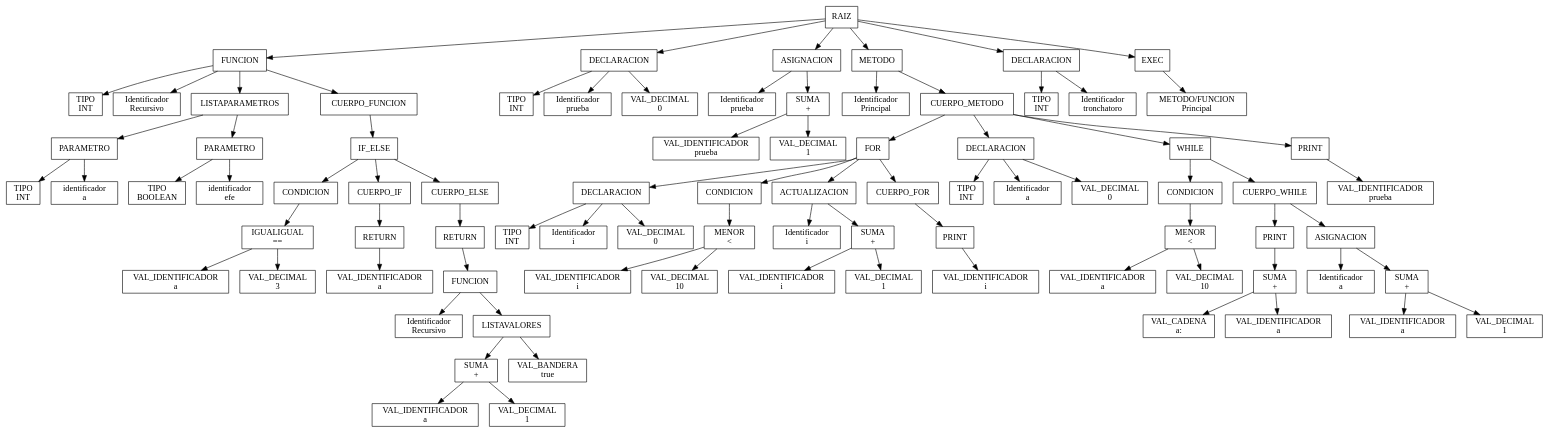
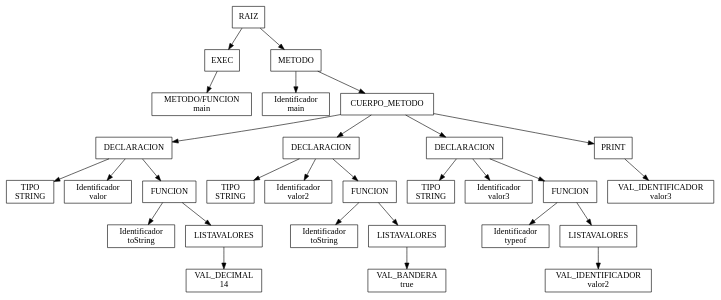
One commit to AngelArteaga1/OLC_Proyecto2_201901816 changed the diagram in backend/controller/ReporteAST/AST.dot. Above: the diagram before and after it, drawn with Graphviz. The commit also changed 17 other files, not shown here.

```diff
--- a/backend/controller/ReporteAST/AST.dot
+++ b/backend/controller/ReporteAST/AST.dot
@@ -1,168 +1,58 @@
 digraph G{node[shape="box"]Nodo0[label="RAIZ"];
-Nodo1[label="FUNCION"];
+Nodo1[label="EXEC"];
 Nodo0->Nodo1;
-Nodo2[label="TIPO \n INT"];
+Nodo2[label="METODO/FUNCION \n main"];
 Nodo1->Nodo2;
-Nodo3[label="Identificador \n Recursivo"];
-Nodo1->Nodo3;
-Nodo4[label="LISTAPARAMETROS"];
-Nodo1->Nodo4;
-Nodo5[label="PARAMETRO"];
-Nodo4->Nodo5;
-Nodo6[label="TIPO \n INT"];
+Nodo3[label="METODO"];
+Nodo0->Nodo3;
+Nodo4[label="Identificador \n main"];
+Nodo3->Nodo4;
+Nodo5[label="CUERPO_METODO"];
+Nodo3->Nodo5;
+Nodo6[label="DECLARACION"];
 Nodo5->Nodo6;
-Nodo7[label="identificador \n a"];
-Nodo5->Nodo7;
-Nodo8[label="PARAMETRO"];
-Nodo4->Nodo8;
-Nodo9[label="TIPO \n BOOLEAN"];
-Nodo8->Nodo9;
-Nodo10[label="identificador \n efe"];
-Nodo8->Nodo10;
-Nodo11[label="CUERPO_FUNCION"];
-Nodo1->Nodo11;
-Nodo12[label="IF_ELSE"];
+Nodo7[label="TIPO \n STRING"];
+Nodo6->Nodo7;
+Nodo8[label="Identificador \n valor"];
+Nodo6->Nodo8;
+Nodo9[label="FUNCION"];
+Nodo6->Nodo9;
+Nodo10[label="Identificador \n toString"];
+Nodo9->Nodo10;
+Nodo11[label="LISTAVALORES"];
+Nodo9->Nodo11;
+Nodo12[label="VAL_DECIMAL \n 14"];
 Nodo11->Nodo12;
-Nodo13[label="CONDICION"];
-Nodo12->Nodo13;
-Nodo14[label=" IGUALIGUAL \n =="];
+Nodo13[label="DECLARACION"];
+Nodo5->Nodo13;
+Nodo14[label="TIPO \n STRING"];
 Nodo13->Nodo14;
-Nodo15[label="VAL_IDENTIFICADOR \n a"];
-Nodo14->Nodo15;
-Nodo16[label="VAL_DECIMAL \n 3"];
-Nodo14->Nodo16;
-Nodo17[label="CUERPO_IF"];
-Nodo12->Nodo17;
-Nodo18[label="RETURN"];
-Nodo17->Nodo18;
-Nodo19[label="VAL_IDENTIFICADOR \n a"];
+Nodo15[label="Identificador \n valor2"];
+Nodo13->Nodo15;
+Nodo16[label="FUNCION"];
+Nodo13->Nodo16;
+Nodo17[label="Identificador \n toString"];
+Nodo16->Nodo17;
+Nodo18[label="LISTAVALORES"];
+Nodo16->Nodo18;
+Nodo19[label="VAL_BANDERA \n true"];
 Nodo18->Nodo19;
-Nodo20[label="CUERPO_ELSE"];
-Nodo12->Nodo20;
-Nodo21[label="RETURN"];
+Nodo20[label="DECLARACION"];
+Nodo5->Nodo20;
+Nodo21[label="TIPO \n STRING"];
 Nodo20->Nodo21;
-Nodo22[label="FUNCION"];
-Nodo21->Nodo22;
-Nodo23[label="Identificador \n Recursivo"];
-Nodo22->Nodo23;
-Nodo24[label="LISTAVALORES"];
-Nodo22->Nodo24;
-Nodo25[label=" SUMA \n +"];
-Nodo24->Nodo25;
-Nodo26[label="VAL_IDENTIFICADOR \n a"];
+Nodo22[label="Identificador \n valor3"];
+Nodo20->Nodo22;
+Nodo23[label="FUNCION"];
+Nodo20->Nodo23;
+Nodo24[label="Identificador \n typeof"];
+Nodo23->Nodo24;
+Nodo25[label="LISTAVALORES"];
+Nodo23->Nodo25;
+Nodo26[label="VAL_IDENTIFICADOR \n valor2"];
 Nodo25->Nodo26;
-Nodo27[label="VAL_DECIMAL \n 1"];
-Nodo25->Nodo27;
-Nodo28[label="VAL_BANDERA \n true"];
-Nodo24->Nodo28;
-Nodo29[label="DECLARACION"];
-Nodo0->Nodo29;
-Nodo30[label="TIPO \n INT"];
-Nodo29->Nodo30;
-Nodo31[label="Identificador \n prueba"];
-Nodo29->Nodo31;
-Nodo32[label="VAL_DECIMAL \n 0"];
-Nodo29->Nodo32;
-Nodo33[label="ASIGNACION"];
-Nodo0->Nodo33;
-Nodo34[label="Identificador \n prueba"];
-Nodo33->Nodo34;
-Nodo35[label=" SUMA \n +"];
-Nodo33->Nodo35;
-Nodo36[label="VAL_IDENTIFICADOR \n prueba"];
-Nodo35->Nodo36;
-Nodo37[label="VAL_DECIMAL \n 1"];
-Nodo35->Nodo37;
-Nodo38[label="METODO"];
-Nodo0->Nodo38;
-Nodo39[label="Identificador \n Principal"];
-Nodo38->Nodo39;
-Nodo40[label="CUERPO_METODO"];
-Nodo38->Nodo40;
-Nodo41[label="FOR"];
-Nodo40->Nodo41;
-Nodo42[label="DECLARACION"];
-Nodo41->Nodo42;
-Nodo43[label="TIPO \n INT"];
-Nodo42->Nodo43;
-Nodo44[label="Identificador \n i"];
-Nodo42->Nodo44;
-Nodo45[label="VAL_DECIMAL \n 0"];
-Nodo42->Nodo45;
-Nodo46[label="CONDICION"];
-Nodo41->Nodo46;
-Nodo47[label=" MENOR \n <"];
-Nodo46->Nodo47;
-Nodo48[label="VAL_IDENTIFICADOR \n i"];
-Nodo47->Nodo48;
-Nodo49[label="VAL_DECIMAL \n 10"];
-Nodo47->Nodo49;
-Nodo50[label="ACTUALIZACION"];
-Nodo41->Nodo50;
-Nodo51[label="Identificador \n i"];
-Nodo50->Nodo51;
-Nodo52[label=" SUMA \n +"];
-Nodo50->Nodo52;
-Nodo53[label="VAL_IDENTIFICADOR \n i"];
-Nodo52->Nodo53;
-Nodo54[label="VAL_DECIMAL \n 1"];
-Nodo52->Nodo54;
-Nodo55[label="CUERPO_FOR"];
-Nodo41->Nodo55;
-Nodo56[label="PRINT"];
-Nodo55->Nodo56;
-Nodo57[label="VAL_IDENTIFICADOR \n i"];
-Nodo56->Nodo57;
-Nodo58[label="DECLARACION"];
-Nodo40->Nodo58;
-Nodo59[label="TIPO \n INT"];
-Nodo58->Nodo59;
-Nodo60[label="Identificador \n a"];
-Nodo58->Nodo60;
-Nodo61[label="VAL_DECIMAL \n 0"];
-Nodo58->Nodo61;
-Nodo62[label="WHILE"];
-Nodo40->Nodo62;
-Nodo63[label="CONDICION"];
-Nodo62->Nodo63;
-Nodo64[label=" MENOR \n <"];
-Nodo63->Nodo64;
-Nodo65[label="VAL_IDENTIFICADOR \n a"];
-Nodo64->Nodo65;
-Nodo66[label="VAL_DECIMAL \n 10"];
-Nodo64->Nodo66;
-Nodo67[label="CUERPO_WHILE"];
-Nodo62->Nodo67;
-Nodo68[label="PRINT"];
-Nodo67->Nodo68;
-Nodo69[label=" SUMA \n +"];
-Nodo68->Nodo69;
-Nodo70[label="VAL_CADENA \n a: "];
-Nodo69->Nodo70;
-Nodo71[label="VAL_IDENTIFICADOR \n a"];
-Nodo69->Nodo71;
-Nodo72[label="ASIGNACION"];
-Nodo67->Nodo72;
-Nodo73[label="Identificador \n a"];
-Nodo72->Nodo73;
-Nodo74[label=" SUMA \n +"];
-Nodo72->Nodo74;
-Nodo75[label="VAL_IDENTIFICADOR \n a"];
-Nodo74->Nodo75;
-Nodo76[label="VAL_DECIMAL \n 1"];
-Nodo74->Nodo76;
-Nodo77[label="PRINT"];
-Nodo40->Nodo77;
-Nodo78[label="VAL_IDENTIFICADOR \n prueba"];
-Nodo77->Nodo78;
-Nodo79[label="DECLARACION"];
-Nodo0->Nodo79;
-Nodo80[label="TIPO \n INT"];
-Nodo79->Nodo80;
-Nodo81[label="Identificador \n tronchatoro"];
-Nodo79->Nodo81;
-Nodo82[label="EXEC"];
-Nodo0->Nodo82;
-Nodo83[label="METODO/FUNCION \n Principal"];
-Nodo82->Nodo83;
+Nodo27[label="PRINT"];
+Nodo5->Nodo27;
+Nodo28[label="VAL_IDENTIFICADOR \n valor3"];
+Nodo27->Nodo28;
 }
```
